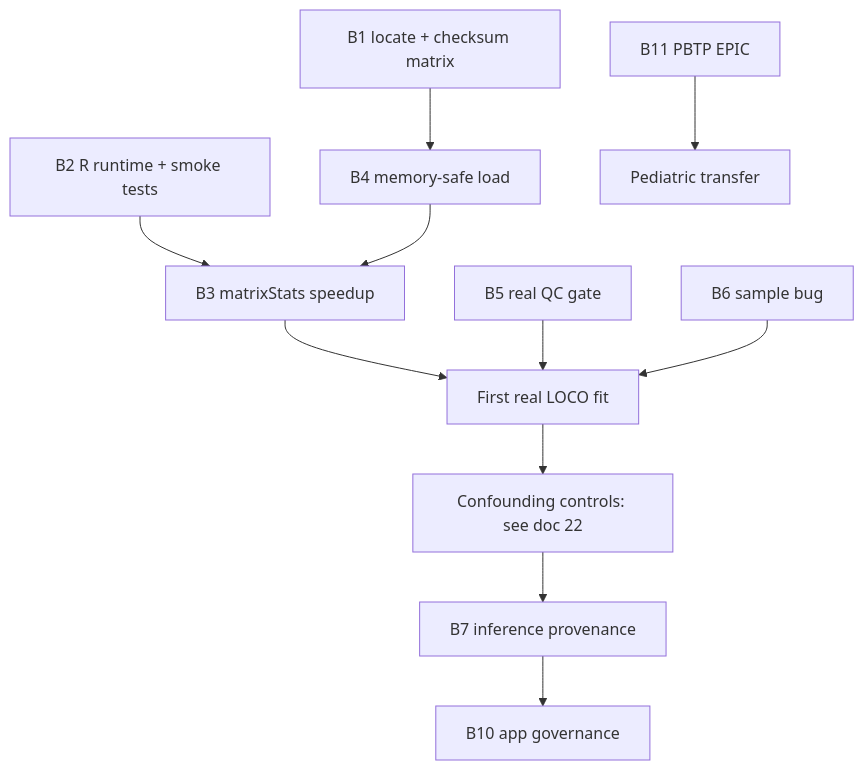
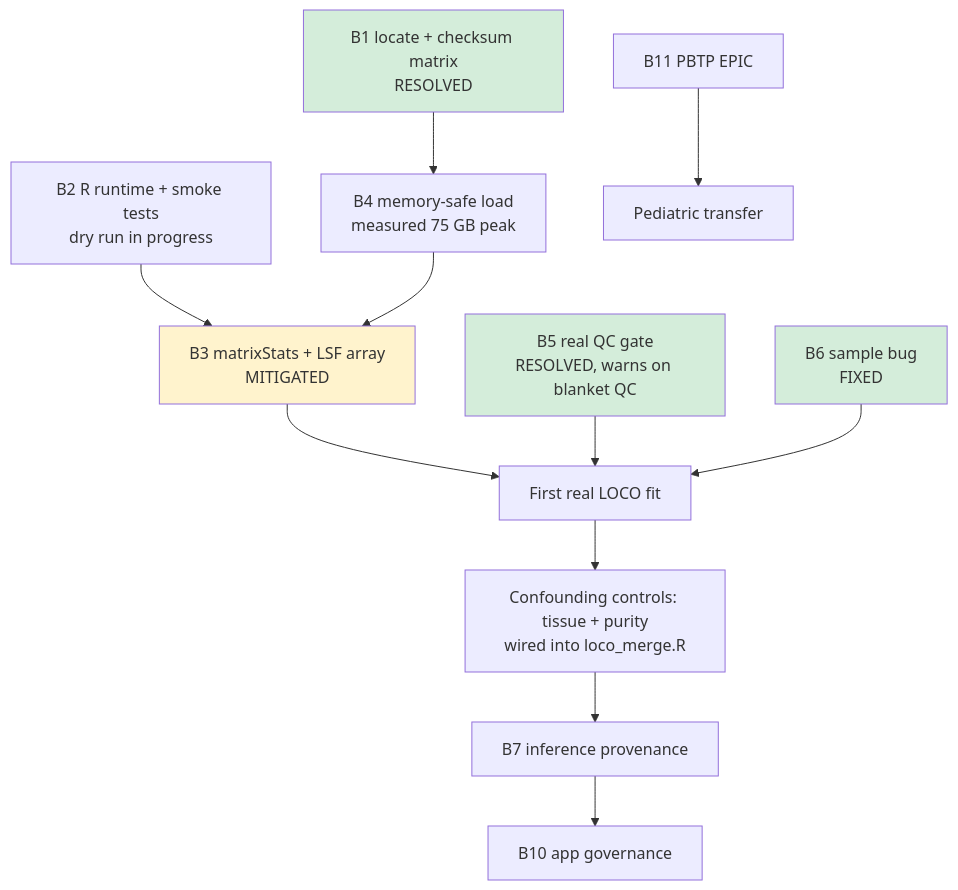
Before and after one commit to Tarunkaranam10/KIDS26-Team12: the diagram in docs/21_BLOCKER_RESOLUTION_PLAN.md, drawn with Mermaid. The commit also changed other lines of this file, not shown here.

First line of the commit message:
Mark B1 resolved; record measured benchmark and B5/B6/B8/B9 status

````diff
--- a/docs/21_BLOCKER_RESOLUTION_PLAN.md
+++ b/docs/21_BLOCKER_RESOLUTION_PLAN.md
@@ -189,13 +273,18 @@
 ```mermaid
 graph TD
-    B1[B1 locate + checksum matrix] --> B4[B4 memory-safe load]
-    B2[B2 R runtime + smoke tests] --> B3[B3 matrixStats speedup]
+    B1[B1 locate + checksum matrix<br/>RESOLVED] --> B4[B4 memory-safe load<br/>measured 75 GB peak]
+    B2[B2 R runtime + smoke tests<br/>dry run in progress] --> B3[B3 matrixStats + LSF array<br/>MITIGATED]
     B4 --> B3
     B3 --> FIT[First real LOCO fit]
-    B5[B5 real QC gate] --> FIT
-    B6[B6 sample bug] --> FIT
-    FIT --> CONF[Confounding controls: see doc 22]
+    B5[B5 real QC gate<br/>RESOLVED, warns on blanket QC] --> FIT
+    B6[B6 sample bug<br/>FIXED] --> FIT
+    FIT --> CONF[Confounding controls: tissue + purity<br/>wired into loco_merge.R]
     CONF --> B7[B7 inference provenance]
     B7 --> B10[B10 app governance]
     B11[B11 PBTP EPIC] --> TRANSFER[Pediatric transfer]
+
+    style B1 fill:#d4edda
+    style B5 fill:#d4edda
+    style B6 fill:#d4edda
+    style B3 fill:#fff3cd
 ```
````
